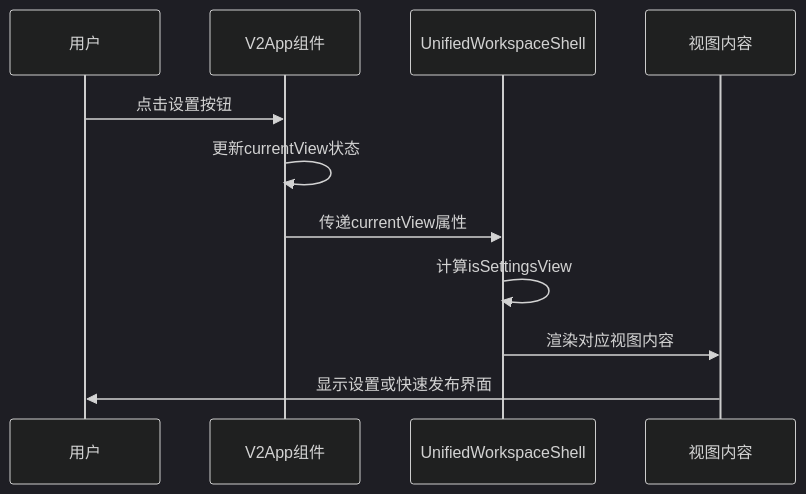
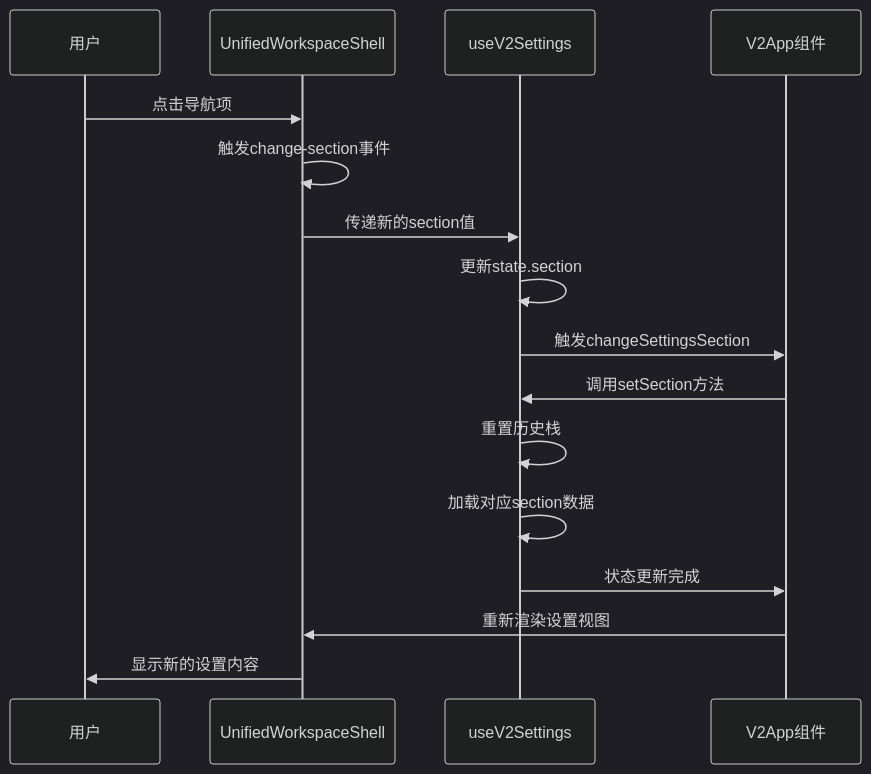
Before and after one commit to terwer/siyuan-plugin-publisher: the fourth of 10 diagrams in .qoder/repowiki/zh/content/统一工作壳组件.md, drawn with Mermaid (dark theme). The commit also changed other lines of this file and 14 other files, not shown here.

````diff
--- a/.qoder/repowiki/zh/content/统一工作壳组件.md
+++ b/.qoder/repowiki/zh/content/统一工作壳组件.md
@@ -192,13 +255,18 @@
 ```mermaid
 sequenceDiagram
 participant User as 用户
+participant Shell as UnifiedWorkspaceShell
+participant Settings as useV2Settings
 participant V2App as V2App组件
-participant Shell as UnifiedWorkspaceShell
-participant View as 视图内容
-User->>V2App : 点击设置按钮
-V2App->>V2App : 更新currentView状态
-V2App->>Shell : 传递currentView属性
-Shell->>Shell : 计算isSettingsView
-Shell->>View : 渲染对应视图内容
-View->>User : 显示设置或快速发布界面
+User->>Shell : 点击导航项
+Shell->>Shell : 触发change-section事件
+Shell->>Settings : 传递新的section值
+Settings->>Settings : 更新state.section
+Settings->>V2App : 触发changeSettingsSection
+V2App->>Settings : 调用setSection方法
+Settings->>Settings : 重置历史栈
+Settings->>Settings : 加载对应section数据
+Settings->>V2App : 状态更新完成
+V2App->>Shell : 重新渲染设置视图
+Shell->>User : 显示新的设置内容
 ```
````
